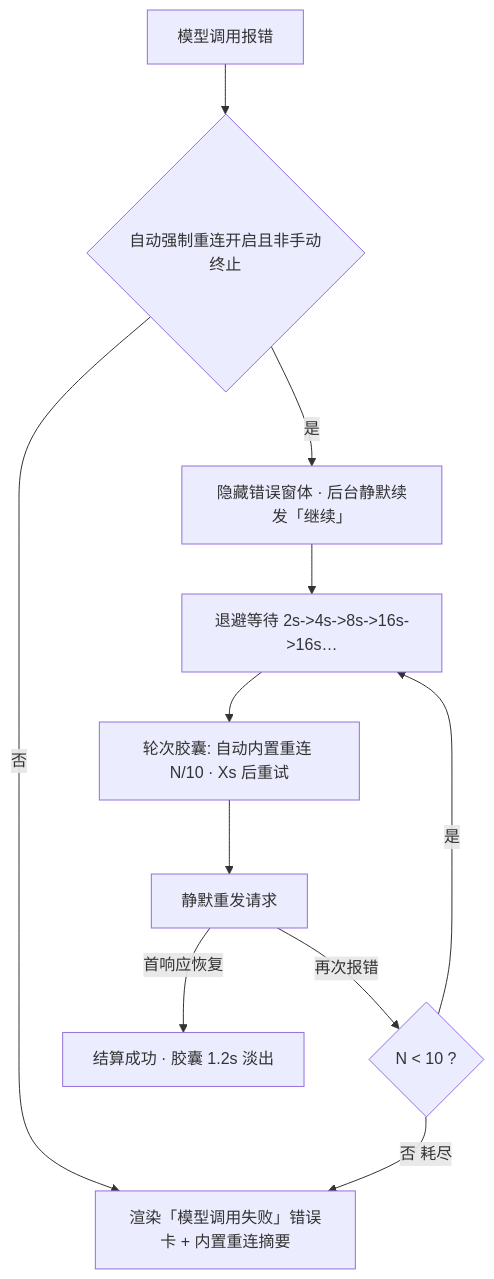
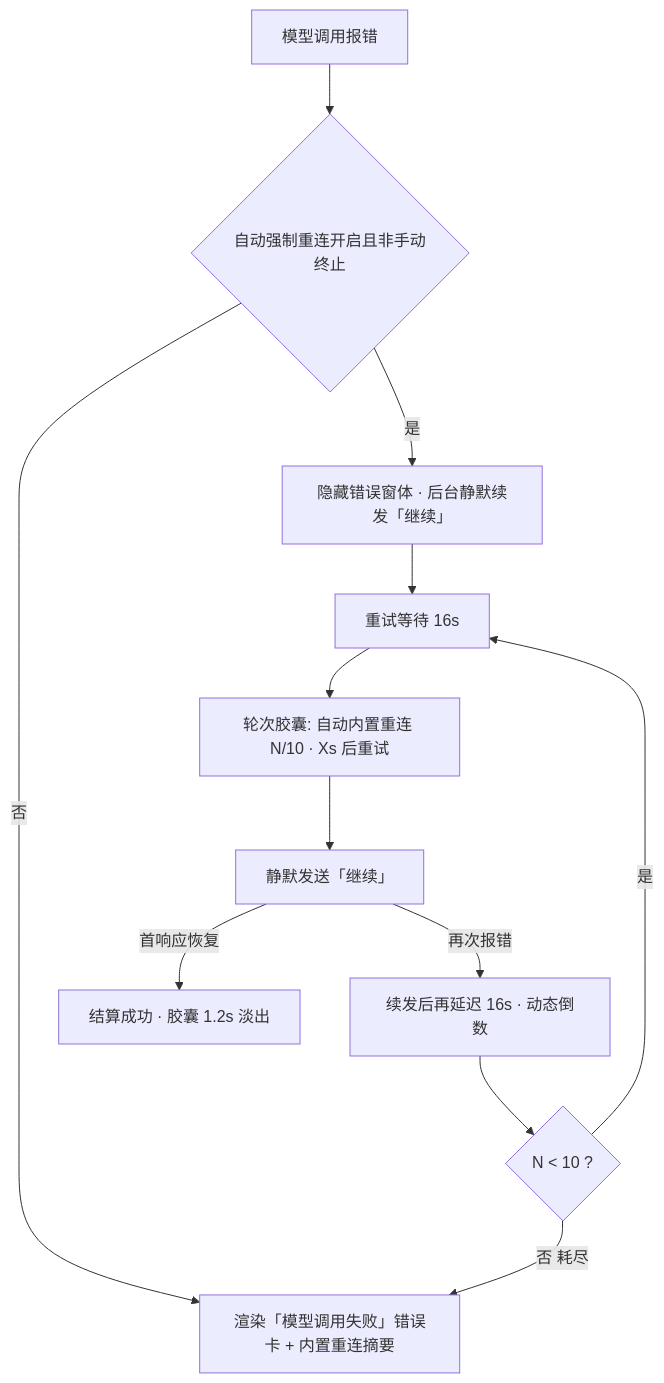
The diagram in .agents/skills/flow-interaction-pattern/SKILL.md (jiangyinluwei/pi-desktop-lite), drawn with Mermaid before and after one commit. The commit also changed other lines of this file and 10 other files, not shown here.

Commit message:
feat: implement core UI structure, agent skill definitions, and flow interaction services

````diff
--- a/.agents/skills/flow-interaction-pattern/SKILL.md
+++ b/.agents/skills/flow-interaction-pattern/SKILL.md
@@ -150,13 +150,14 @@
 ```mermaid
 flowchart TD
     Err[模型调用报错] --> Gate{自动强制重连开启且非手动终止}
     Gate -->|否| Fallback[直接渲染错误卡]
     Gate -->|是| Silent[隐藏错误窗体 · 后台静默续发「继续」]
-    Silent --> Wait[退避等待 2s->4s->8s->16s->16s…]
+    Silent --> Wait[重试等待 16s]
     Wait --> Capsule[轮次胶囊: 自动内置重连 N/10 · Xs 后重试]
-    Capsule --> Send[静默重发请求]
+    Capsule --> Send[静默发送「继续」]
     Send -->|首响应恢复| Succeed[结算成功 · 胶囊 1.2s 淡出]
-    Send -->|再次报错| Next{N < 10 ?}
+    Send -->|再次报错| PostWait[续发后再延迟 16s · 动态倒数]
+    PostWait --> Next{N < 10 ?}
     Next -->|是| Wait
     Next -->|否 耗尽| Fallback[渲染「模型调用失败」错误卡 + 内置重连摘要]
 ```
````
